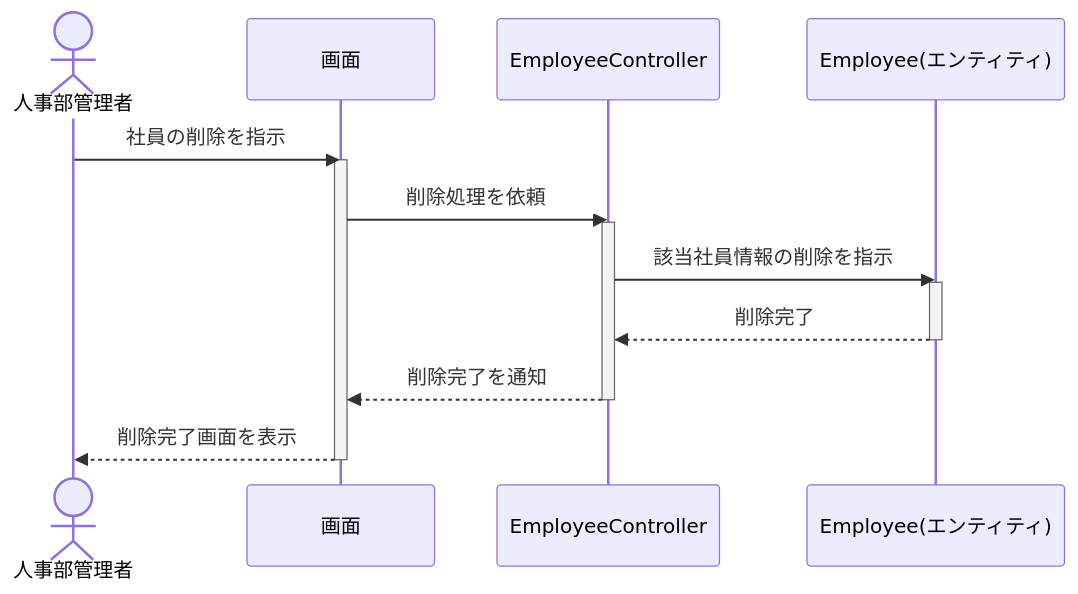
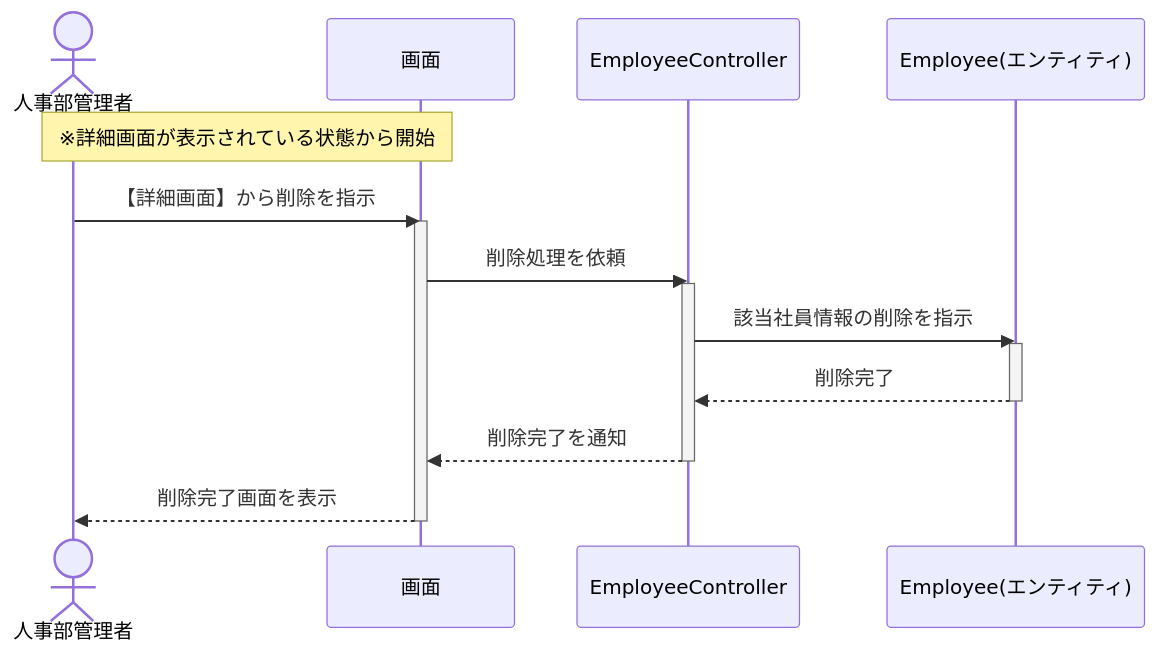
Before and after one commit to juyeongjung1/NewEIMS: diagram 11 of 13 in EIMS_Comprehensive_Exercise_Guide.md, drawn with Mermaid. The commit also changed other lines of this file, not shown here.

Commit message:
分析レベルのシーケンス図（UC003, UC004）に、詳細画面から処理が開始される旨を明記

````diff
--- a/EIMS_Comprehensive_Exercise_Guide.md
+++ b/EIMS_Comprehensive_Exercise_Guide.md
@@ -814,23 +817,24 @@
 ```mermaid
 sequenceDiagram
     actor Admin as 人事部管理者
     participant UI as 画面
     participant Ctrl as EmployeeController
     participant Emp as Employee(エンティティ)
 
-    Admin ->> UI: 社員の削除を指示
+    note over Admin, UI: ※詳細画面が表示されている状態から開始
+    Admin ->> UI: 【詳細画面】から削除を指示
     activate UI
     UI ->> Ctrl: 削除処理を依頼
     activate Ctrl
     
     Ctrl ->> Emp: 該当社員情報の削除を指示
     activate Emp
     Emp -->> Ctrl: 削除完了
     deactivate Emp
     
     Ctrl -->> UI: 削除完了を通知
     deactivate Ctrl
     
     UI -->> Admin: 削除完了画面を表示
     deactivate UI
 ```
````
